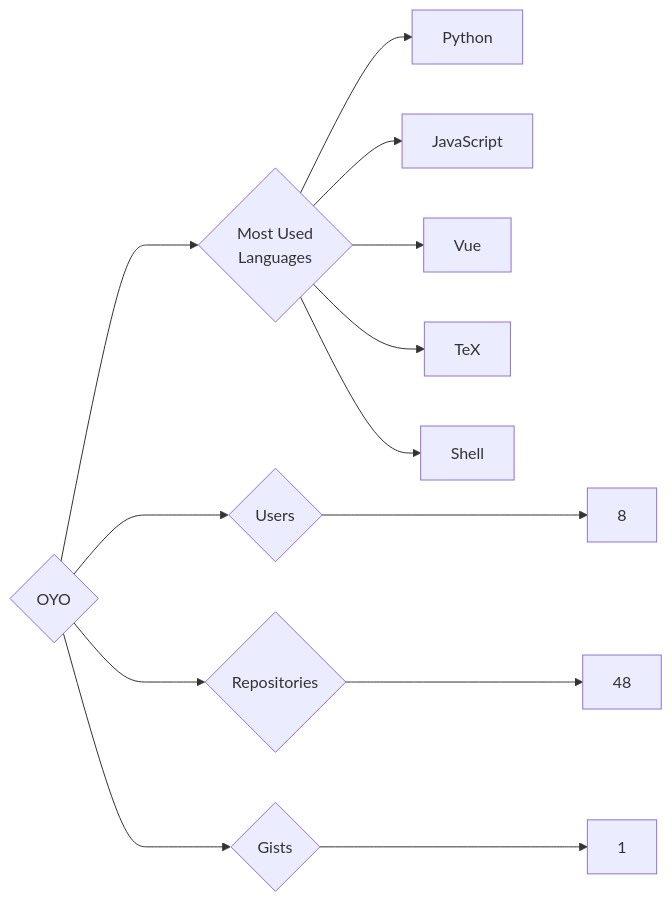
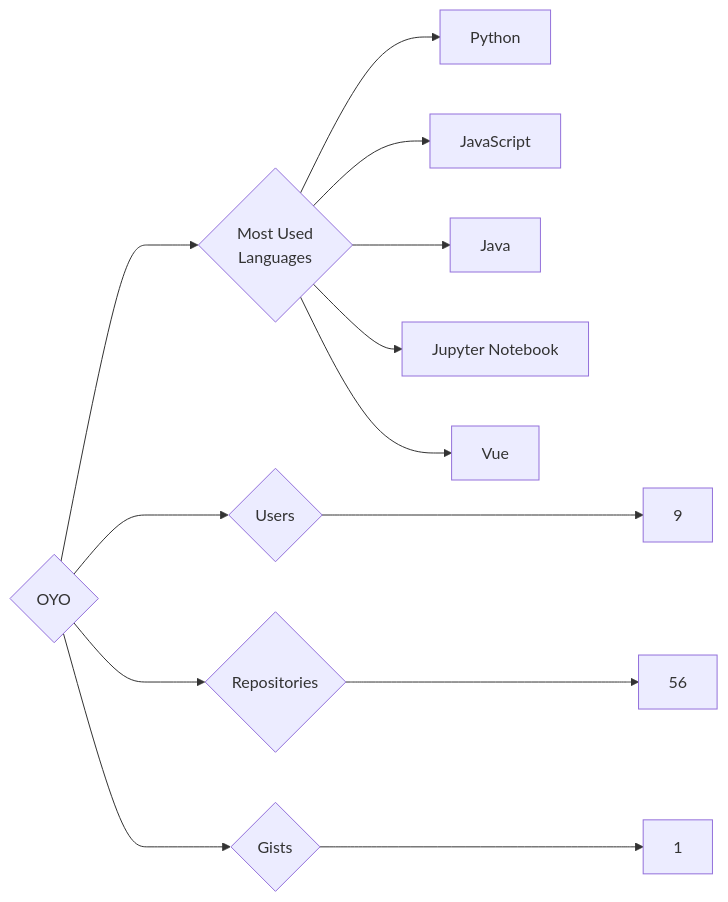
One commit to trickest/insiders changed the diagram in targets/OYO/README.md. Above: the diagram before and after it, drawn with Mermaid. The commit also changed 1496 other files, not shown here.

````diff
--- a/targets/OYO/README.md
+++ b/targets/OYO/README.md
@@ -3,13 +3,13 @@
 ```mermaid
 graph LR
 COMPANY_NAME{OYO}
-COMPANY_NAME ---> U{Users} ---> UN[8]
-COMPANY_NAME ---> R{Repositories} ---> RN[48]
+COMPANY_NAME ---> U{Users} ---> UN[9]
+COMPANY_NAME ---> R{Repositories} ---> RN[56]
 COMPANY_NAME ---> G{Gists} ---> GN[1]
 COMPANY_NAME ---> ML{Most Used<br>Languages}
 ML --> Python[Python]
 ML --> JavaScript[JavaScript]
+ML --> Java[Java]
+ML --> Jupyter_Notebook[Jupyter Notebook]
 ML --> Vue[Vue]
-ML --> TeX[TeX]
-ML --> Shell[Shell]
 ```
````
